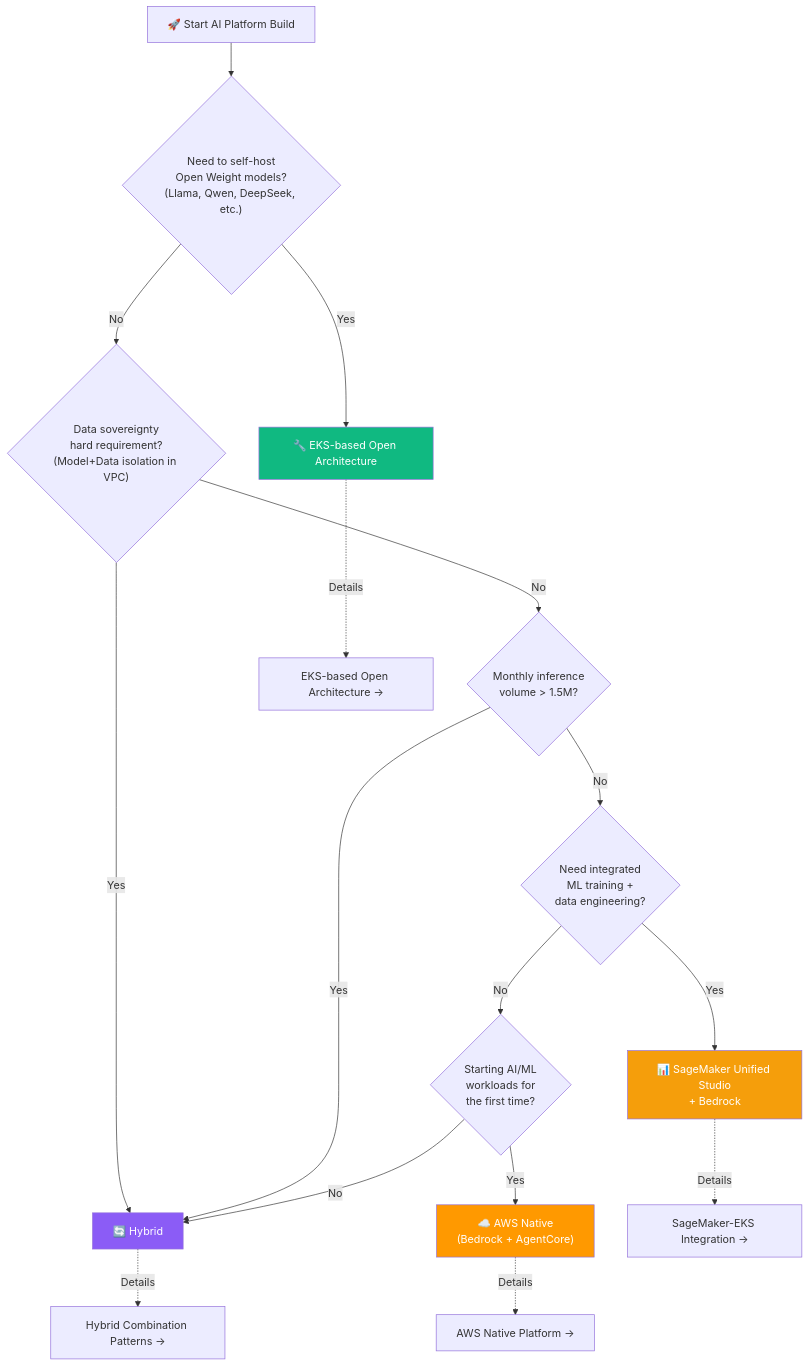
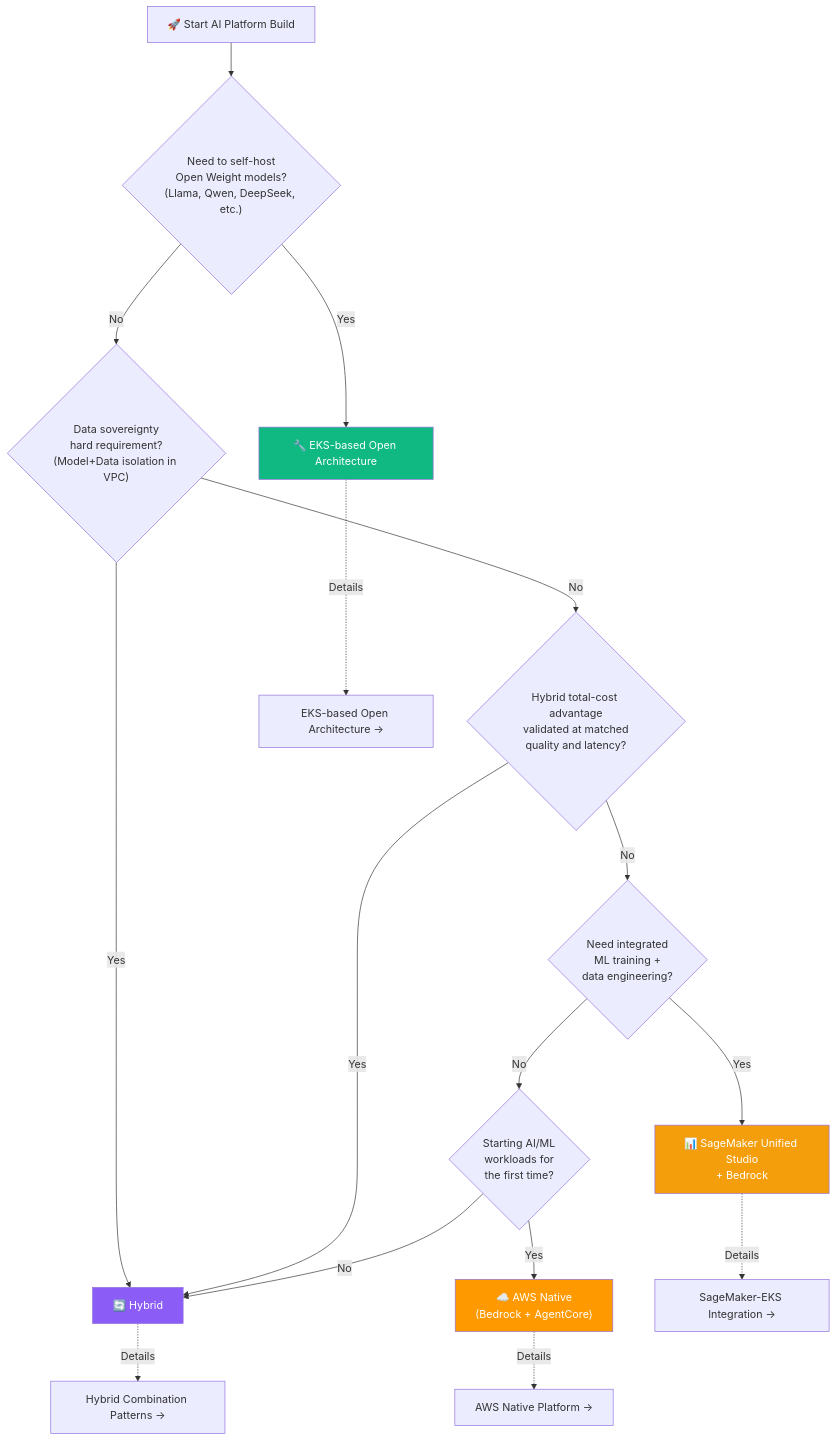
The third of 7 diagrams in i18n/en/docusaurus-plugin-content-docs/current/agentic-ai-platform/design-architecture/platform-selection/ai-platform-decision-framework.md (devfloor9/engineering-playbook), drawn with Mermaid before and after one commit. The commit also changed other lines of this file and 4 other files, not shown here.

````diff
--- a/i18n/en/docusaurus-plugin-content-docs/current/agentic-ai-platform/design-architecture/platform-selection/ai-platform-decision-framework.md
+++ b/i18n/en/docusaurus-plugin-content-docs/current/agentic-ai-platform/design-architecture/platform-selection/ai-platform-decision-framework.md
@@ -146,37 +146,37 @@
 ```mermaid
 flowchart TD
     START["🚀 Start AI Platform Build"]
     
     Q1{"Need to self-host<br/>Open Weight models?<br/>(Llama, Qwen, DeepSeek, etc.)"}
     Q2{"Data sovereignty<br/>hard requirement?<br/>(Model+Data isolation in VPC)"}
-    Q3{"Monthly inference<br/>volume > 1.5M?"}
+    Q3{"Hybrid total-cost advantage<br/>validated at matched<br/>quality and latency?"}
     Q4{"Need integrated<br/>ML training +<br/>data engineering?"}
     Q5{"Starting AI/ML<br/>workloads for<br/>the first time?"}
     
     PATH_EKS["🔧 EKS-based Open Architecture"]
     PATH_HYBRID["🔄 Hybrid"]
     PATH_SM["📊 SageMaker Unified Studio<br/>+ Bedrock"]
     PATH_NATIVE["☁️ AWS Native<br/>(Bedrock + AgentCore)"]
     
     START --> Q1
     Q1 -->|"Yes"| PATH_EKS
     Q1 -->|"No"| Q2
     Q2 -->|"Yes"| PATH_HYBRID
     Q2 -->|"No"| Q3
     Q3 -->|"Yes"| PATH_HYBRID
     Q3 -->|"No"| Q4
     Q4 -->|"Yes"| PATH_SM
     Q4 -->|"No"| Q5
     Q5 -->|"Yes"| PATH_NATIVE
     Q5 -->|"No"| PATH_HYBRID
     
     PATH_EKS -.->|"Details"| LINK_EKS["EKS-based Open Architecture →"]
     PATH_HYBRID -.->|"Details"| LINK_HYB["Hybrid Combination Patterns →"]
     PATH_SM -.->|"Details"| LINK_SM["SageMaker-EKS Integration →"]
     PATH_NATIVE -.->|"Details"| LINK_NAT["AWS Native Platform →"]
     
     style PATH_EKS fill:#10b981,color:#fff
     style PATH_HYBRID fill:#8b5cf6,color:#fff
     style PATH_SM fill:#f59e0b,color:#fff
     style PATH_NATIVE fill:#ff9900,color:#fff
 ```
````
